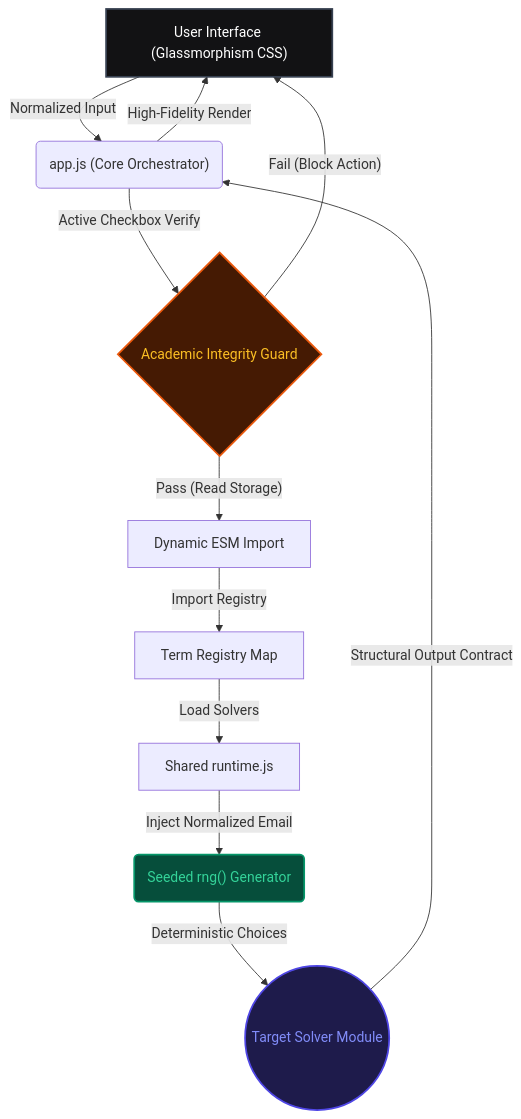
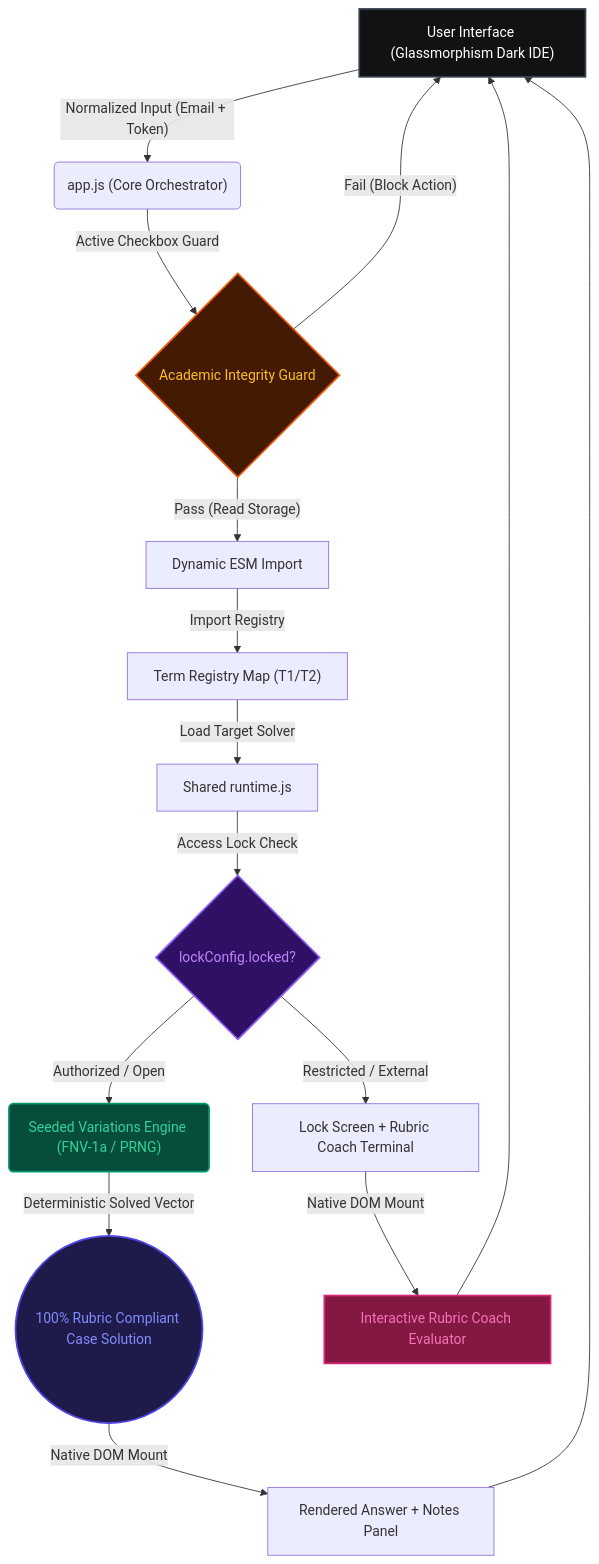
One commit to GyaanFlow/tds-roe-solver-t12026 changed the diagram in README.md. Above: the diagram before and after it, drawn with Mermaid. The commit also changed other lines of this file, not shown here.

Commit message:
docs: comprehensively update README with 162+ solvers, Project 2 case studies & Rubric Coach terminal

````diff
--- a/README.md
+++ b/README.md
@@ -27,18 +28,24 @@
 ```mermaid
 graph TD
-    A["User Interface (Glassmorphism CSS)"] -->|"Normalized Input"| B("app.js (Core Orchestrator)")
-    B -->|"Active Checkbox Verify"| C{"Academic Integrity Guard"}
+    A["User Interface (Glassmorphism Dark IDE)"] -->|"Normalized Input (Email + Token)"| B("app.js (Core Orchestrator)")
+    B -->|"Active Checkbox Guard"| C{"Academic Integrity Guard"}
     C -->|"Pass (Read Storage)"| D["Dynamic ESM Import"]
     C -->|"Fail (Block Action)"| A
-    D -->|"Import Registry"| E["Term Registry Map"]
-    E -->|"Load Solvers"| F["Shared runtime.js"]
-    F -->|"Inject Normalized Email"| G("Seeded rng() Generator")
-    G -->|"Deterministic Choices"| H(("Target Solver Module"))
-    H -->|"Structural Output Contract"| B
-    B -->|"High-Fidelity Render"| A
+    D -->|"Import Registry"| E["Term Registry Map (T1/T2)"]
+    E -->|"Load Target Solver"| F["Shared runtime.js"]
+    F -->|"Access Lock Check"| G{"lockConfig.locked?"}
+    G -->|"Authorized / Open"| H("Seeded Variations Engine (FNV-1a / PRNG)")
+    G -->|"Restricted / External"| I["Lock Screen + Rubric Coach Terminal"]
+    H -->|"Deterministic Solved Vector"| J(("100% Rubric Compliant Case Solution"))
+    J -->|"Native DOM Mount"| K["Rendered Answer + Notes Panel"]
+    I -->|"Native DOM Mount"| L["Interactive Rubric Coach Evaluator"]
+    K --> A
+    L --> A
 
     style A fill:#121214,stroke:#374151,stroke-width:2px,color:#fff
     style C fill:#451a03,stroke:#ea580c,stroke-width:2px,color:#fbbf24
-    style G fill:#064e3b,stroke:#059669,stroke-width:2px,color:#34d399
-    style H fill:#1e1b4b,stroke:#4f46e5,stroke-width:2px,color:#818cf8
+    style G fill:#2e1065,stroke:#8b5cf6,stroke-width:2px,color:#c084fc
+    style H fill:#064e3b,stroke:#059669,stroke-width:2px,color:#34d399
+    style J fill:#1e1b4b,stroke:#4f46e5,stroke-width:2px,color:#818cf8
+    style L fill:#831843,stroke:#db2777,stroke-width:2px,color:#f472b6
 ```
````
